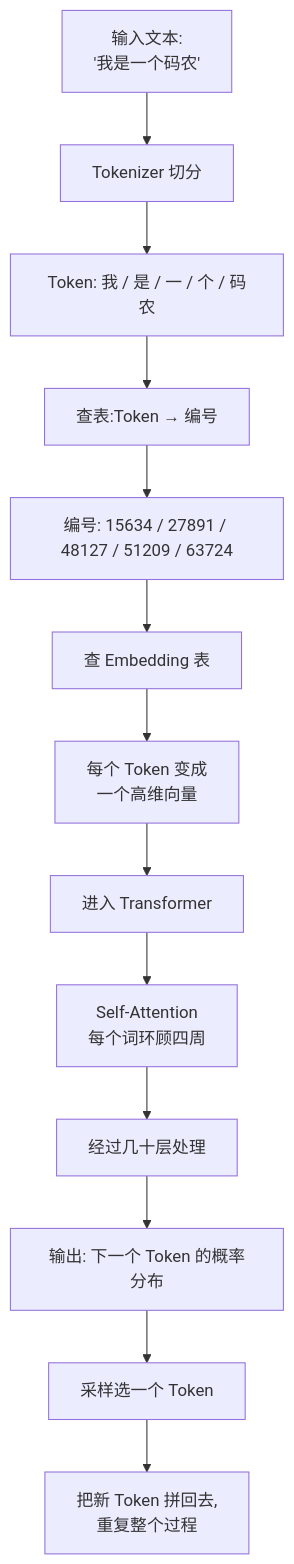
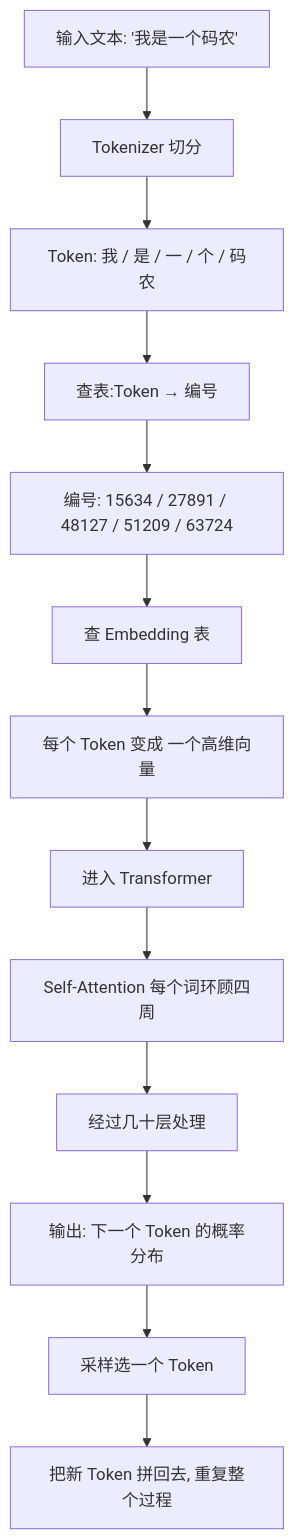
Before and after one commit to fuzhengwei/CodeGuide: diagram 19 of 32 in docs/md/ai/ai-llm.md, drawn with Mermaid. The commit also changed other lines of this file, not shown here.

````diff
--- a/docs/md/ai/ai-llm.md
+++ b/docs/md/ai/ai-llm.md
@@ -764,15 +764,15 @@
 ```mermaid
 graph TB
-    A["输入文本:<br/>'我是一个码农'"] --> B["Tokenizer 切分"]
+    A["输入文本: '我是一个码农'"] --> B["Tokenizer 切分"]
     B --> C["Token: 我 / 是 / 一 / 个 / 码农"]
     C --> D["查表:Token → 编号"]
     D --> E["编号: 15634 / 27891 / 48127 / 51209 / 63724"]
     E --> F["查 Embedding 表"]
-    F --> G["每个 Token 变成<br/>一个高维向量"]
+    F --> G["每个 Token 变成 一个高维向量"]
     G --> H["进入 Transformer"]
-    H --> I["Self-Attention<br/>每个词环顾四周"]
+    H --> I["Self-Attention 每个词环顾四周"]
     I --> J[经过几十层处理]
     J --> K["输出: 下一个 Token 的概率分布"]
     K --> L["采样选一个 Token"]
-    L --> M["把新 Token 拼回去,<br/>重复整个过程"]
+    L --> M["把新 Token 拼回去, 重复整个过程"]
 ```
````
